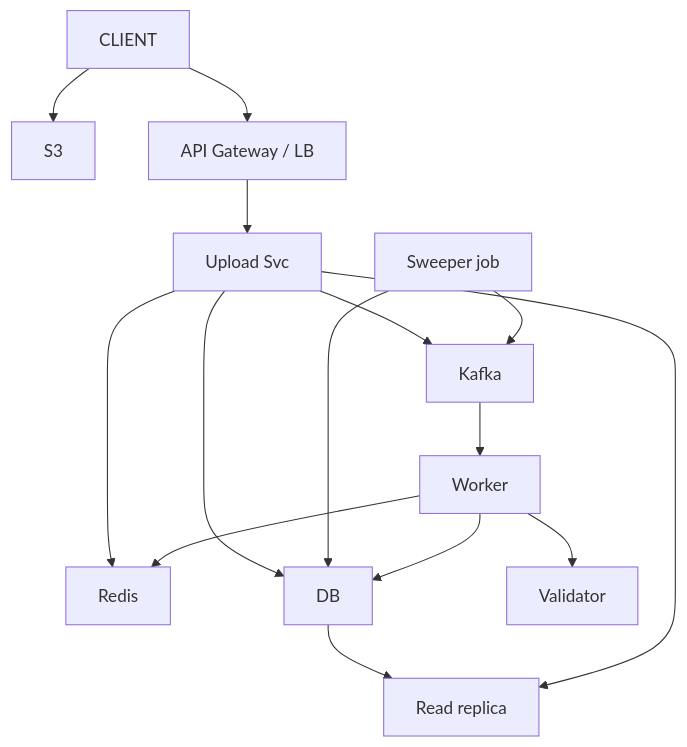
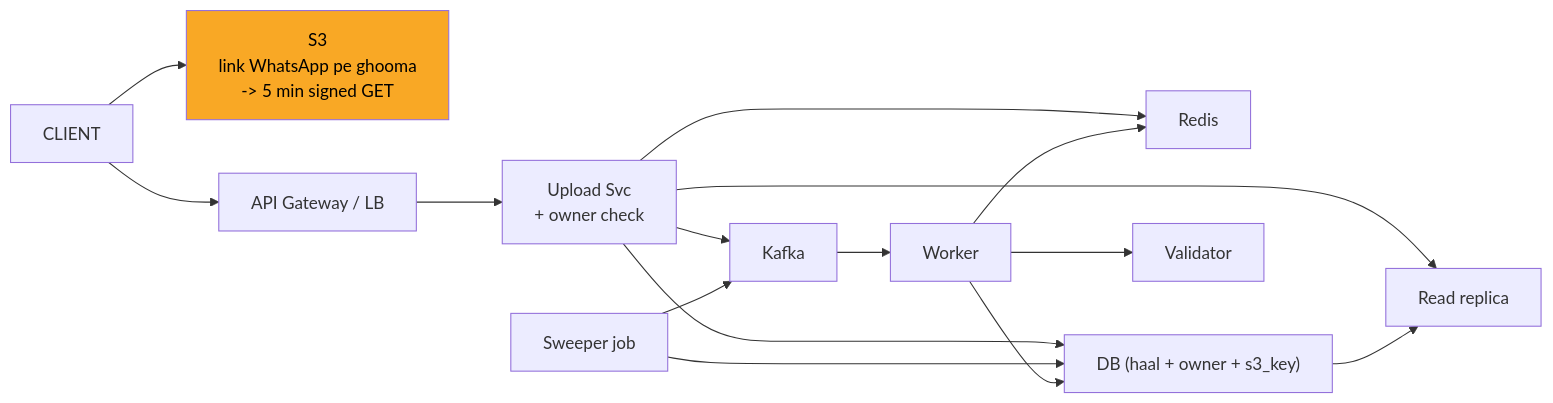
One commit to ArpanMaheshwari144/Prep changed the ninth of 11 diagrams in 04_HLD/SYSTEM_DESIGNS/07_file_upload_validate_system/07_file_upload_INTERVIEW.md. Above: the diagram before and after it, drawn with Mermaid. The commit also changed other lines of this file and 2 other files, not shown here.

Commit message:
notification, payment, file upload: one-day story, short cards, follow-ups with rules, highlighted diagrams

````diff
--- a/04_HLD/SYSTEM_DESIGNS/07_file_upload_validate_system/07_file_upload_INTERVIEW.md
+++ b/04_HLD/SYSTEM_DESIGNS/07_file_upload_validate_system/07_file_upload_INTERVIEW.md
@@ -372,28 +373,29 @@
 ```mermaid
-flowchart TD
+flowchart LR
     n_CLIENT["CLIENT"]
-    n_S3["S3"]
+    n_S3["S3<br/>link WhatsApp pe ghooma<br/>-> 5 min signed GET"]
     n_API_Gateway_LB["API Gateway / LB"]
-    n_Upload_Svc["Upload Svc"]
+    n_Upload_Svc["Upload Svc<br/>+ owner check"]
     n_Redis["Redis"]
-    n_DB["DB"]
+    n_DB["DB (haal + owner + s3_key)"]
     n_Read_replica["Read replica"]
     n_Sweeper_job["Sweeper job"]
     n_Kafka["Kafka"]
     n_Worker["Worker"]
     n_Validator["Validator"]
     n_CLIENT --> n_S3
     n_CLIENT --> n_API_Gateway_LB
     n_API_Gateway_LB --> n_Upload_Svc
     n_Upload_Svc --> n_Redis
     n_Upload_Svc --> n_DB
+    n_Upload_Svc --> n_Read_replica
+    n_DB --> n_Read_replica
     n_Upload_Svc --> n_Kafka
-    n_DB --> n_Read_replica
     n_Sweeper_job --> n_DB
+    n_Sweeper_job --> n_Kafka
     n_Kafka --> n_Worker
     n_Worker --> n_Validator
     n_Worker --> n_DB
     n_Worker --> n_Redis
-    n_Upload_Svc --> n_Read_replica
-    n_Sweeper_job --> n_Kafka
+    style n_S3 fill:#f9a825,color:#000
 ```
````
